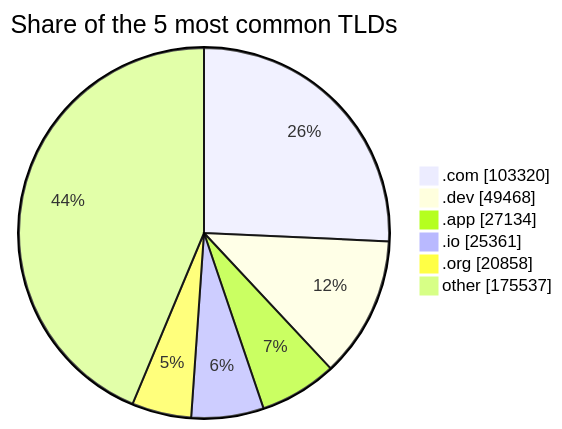
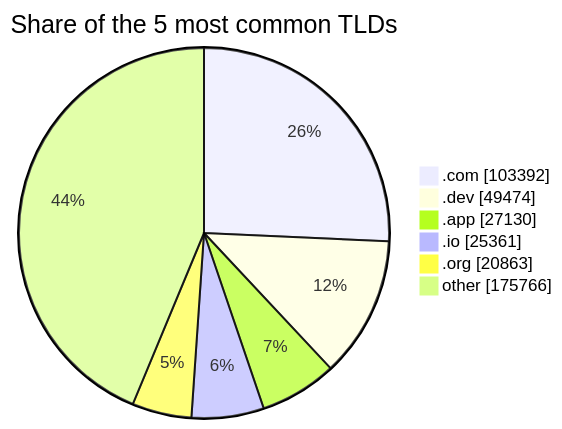
The third of 3 diagrams in README.md (DNSBunker/CTI), drawn with Mermaid before and after one commit. The commit also changed other lines of this file and 3 other files, not shown here.

````diff
--- a/README.md
+++ b/README.md
@@ -81,9 +81,9 @@
 ```mermaid
 pie showData title Share of the 5 most common TLDs
-    ".com" : 103320
-    ".dev" : 49468
-    ".app" : 27134
+    ".com" : 103392
+    ".dev" : 49474
+    ".app" : 27130
     ".io" : 25361
-    ".org" : 20858
-    "other" : 175537
+    ".org" : 20863
+    "other" : 175766
 ```
````
